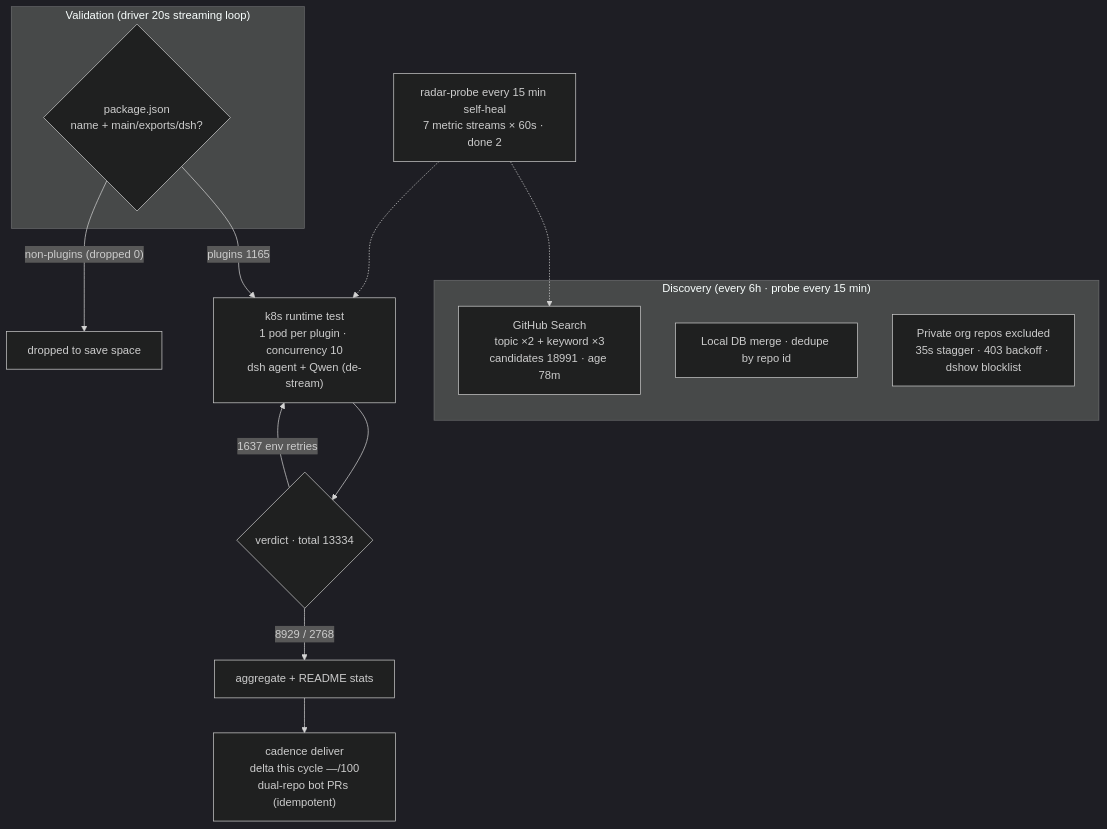
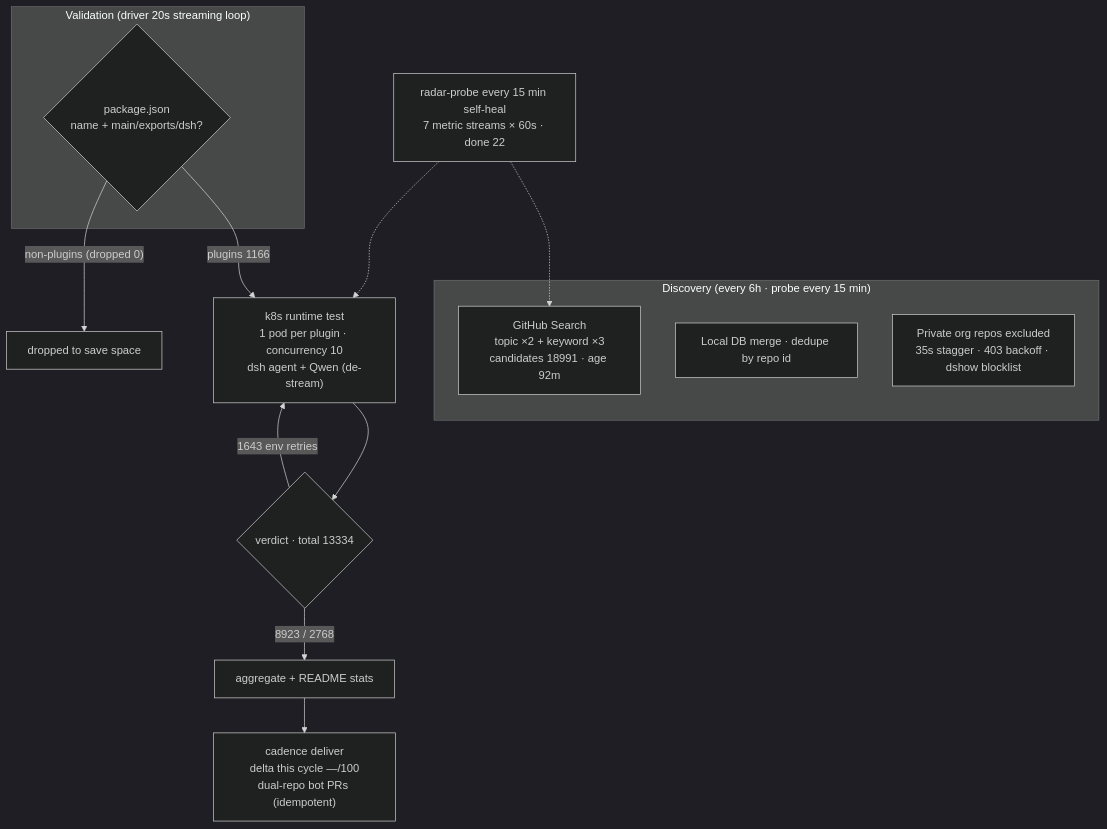
One commit to AdamPlatin123/dsh-plugin-radar changed the diagram in README.en-US.md. Above: the diagram before and after it, drawn with Mermaid (dark theme). The commit also changed other lines of this file and 6 other files, not shown here.

````diff
--- a/README.en-US.md
+++ b/README.en-US.md
@@ -45,20 +45,20 @@
 ```mermaid
 flowchart TB
     subgraph Discovery["Discovery (every 6h · probe every 15 min)"]
-        A1["GitHub Search<br/>topic ×2 + keyword ×3<br/>candidates 18991 · age 78m"]
+        A1["GitHub Search<br/>topic ×2 + keyword ×3<br/>candidates 18991 · age 92m"]
         A2["Local DB merge · dedupe by repo id"]
         A3["Private org repos excluded<br/>35s stagger · 403 backoff · dshow blocklist"]
     end
     subgraph Validation["Validation (driver 20s streaming loop)"]
         B1{"package.json<br/>name + main/exports/dsh?"}
     end
-    B1 -->|"plugins 1165"| C1["k8s runtime test<br/>1 pod per plugin · concurrency 10<br/>dsh agent + Qwen (de-stream)"]
+    B1 -->|"plugins 1166"| C1["k8s runtime test<br/>1 pod per plugin · concurrency 10<br/>dsh agent + Qwen (de-stream)"]
     B1 -->|"non-plugins (dropped 0)"| B3["dropped to save space"]
     C1 --> D1{"verdict · total 13334"}
-    D1 -->|"8929 / 2768"| E1["aggregate + README stats"]
-    D1 -->|"1637 env retries"| C1
+    D1 -->|"8923 / 2768"| E1["aggregate + README stats"]
+    D1 -->|"1643 env retries"| C1
     E1 --> E2["cadence deliver<br/>delta this cycle —/100<br/>dual-repo bot PRs (idempotent)"]
-    M["radar-probe every 15 min self-heal<br/>7 metric streams × 60s · done 2"]
+    M["radar-probe every 15 min self-heal<br/>7 metric streams × 60s · done 22"]
     M -.-> A1
     M -.-> C1
 ```
````
